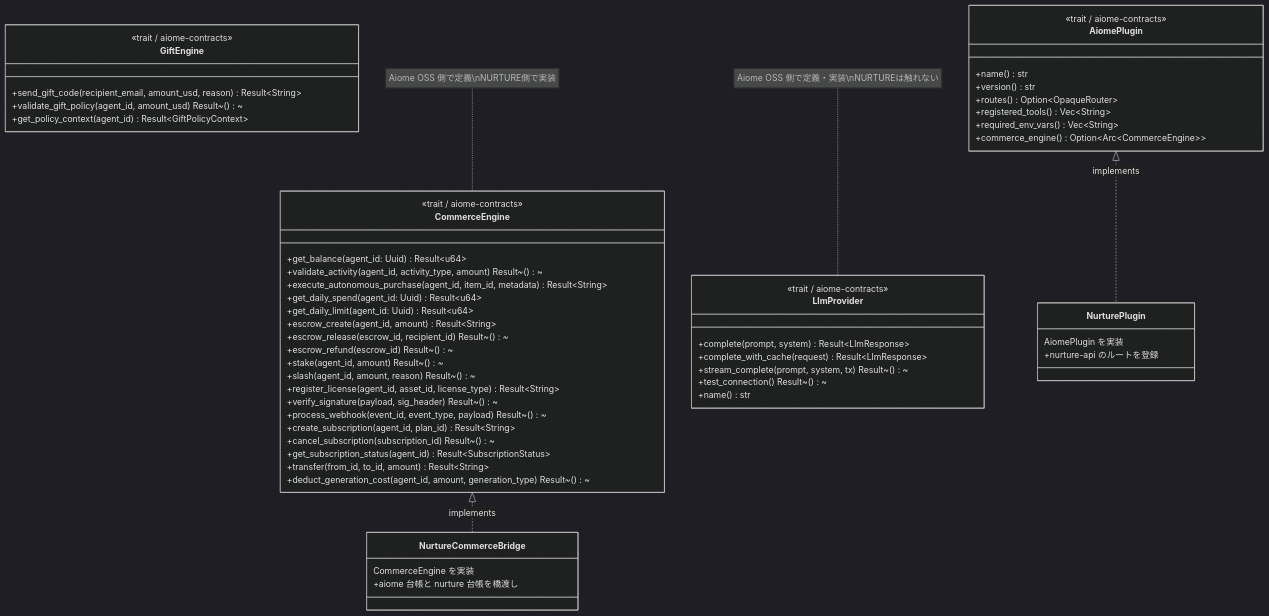
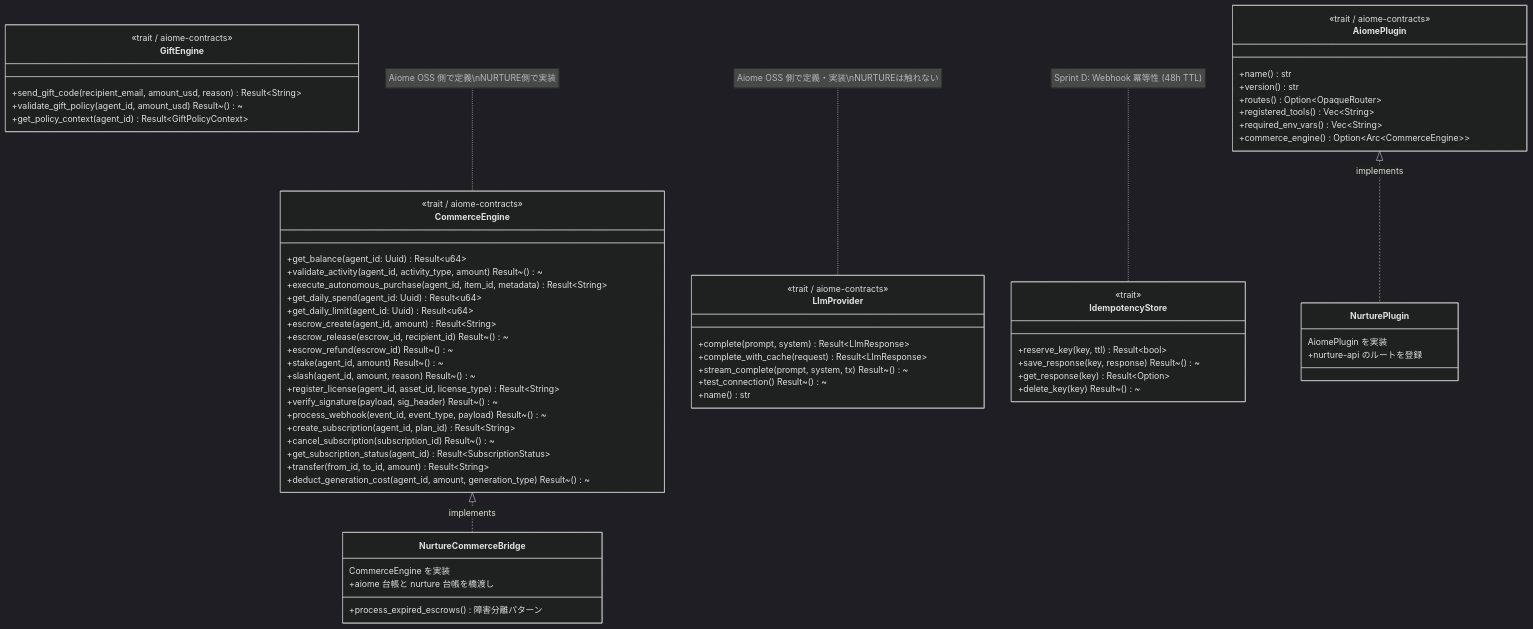
Before and after one commit to for4xex-droid/modular-open-claw: the ninth of 11 diagrams in docs/architecture/AIOME_NURTURE_SYNERGY.md, drawn with Mermaid (dark theme). The commit also changed other lines of this file and 15 other files, not shown here.

Commit message:
feat: hardened commerce endpoints (Sprint D IDOR fix & architecture sync)

````diff
--- a/docs/architecture/AIOME_NURTURE_SYNERGY.md
+++ b/docs/architecture/AIOME_NURTURE_SYNERGY.md
@@ -593,66 +595,76 @@
 ```mermaid
 classDiagram
     class CommerceEngine {
         <<trait / aiome-contracts>>
         +get_balance(agent_id: Uuid) Result~u64~
         +validate_activity(agent_id, activity_type, amount) Result~()~
         +execute_autonomous_purchase(agent_id, item_id, metadata) Result~String~
         +get_daily_spend(agent_id: Uuid) Result~u64~
         +get_daily_limit(agent_id: Uuid) Result~u64~
         +escrow_create(agent_id, amount) Result~String~
         +escrow_release(escrow_id, recipient_id) Result~()~
         +escrow_refund(escrow_id) Result~()~
         +stake(agent_id, amount) Result~()~
         +slash(agent_id, amount, reason) Result~()~
         +register_license(agent_id, asset_id, license_type) Result~String~
         +verify_signature(payload, sig_header) Result~()~
         +process_webhook(event_id, event_type, payload) Result~()~
         +create_subscription(agent_id, plan_id) Result~String~
         +cancel_subscription(subscription_id) Result~()~
         +get_subscription_status(agent_id) Result~SubscriptionStatus~
         +transfer(from_id, to_id, amount) Result~String~
         +deduct_generation_cost(agent_id, amount, generation_type) Result~()~
     }
 
     class GiftEngine {
         <<trait / aiome-contracts>>
         +send_gift_code(recipient_email, amount_usd, reason) Result~String~
         +validate_gift_policy(agent_id, amount_usd) Result~()~
         +get_policy_context(agent_id) Result~GiftPolicyContext~
     }
 
     class AiomePlugin {
         <<trait / aiome-contracts>>
         +name() str
         +version() str
         +routes() Option~OpaqueRouter~
         +registered_tools() Vec~String~
         +required_env_vars() Vec~String~
         +commerce_engine() Option~Arc~CommerceEngine~~
     }
 
     class LlmProvider {
         <<trait / aiome-contracts>>
         +complete(prompt, system) Result~LlmResponse~
         +complete_with_cache(request) Result~LlmResponse~
         +stream_complete(prompt, system, tx) Result~()~
         +test_connection() Result~()~
         +name() str
     }
 
     class NurtureCommerceBridge {
         CommerceEngine を実装
         +aiome 台帳と nurture 台帳を橋渡し
+        +process_expired_escrows() 障害分離パターン
+    }
+
+    class IdempotencyStore {
+        <<trait>>
+        +reserve_key(key, ttl) Result~bool~
+        +save_response(key, response) Result~()~
+        +get_response(key) Result~Option~
+        +delete_key(key) Result~()~
     }
 
     class NurturePlugin {
         AiomePlugin を実装
         +nurture-api のルートを登録
     }
 
     CommerceEngine <|.. NurtureCommerceBridge : implements
     AiomePlugin <|.. NurturePlugin : implements
 
     note for CommerceEngine "Aiome OSS 側で定義\nNURTURE側で実装"
     note for LlmProvider "Aiome OSS 側で定義・実装\nNURTUREは触れない"
+    note for IdempotencyStore "Sprint D: Webhook 冪等性 (48h TTL)"
 ```
````
